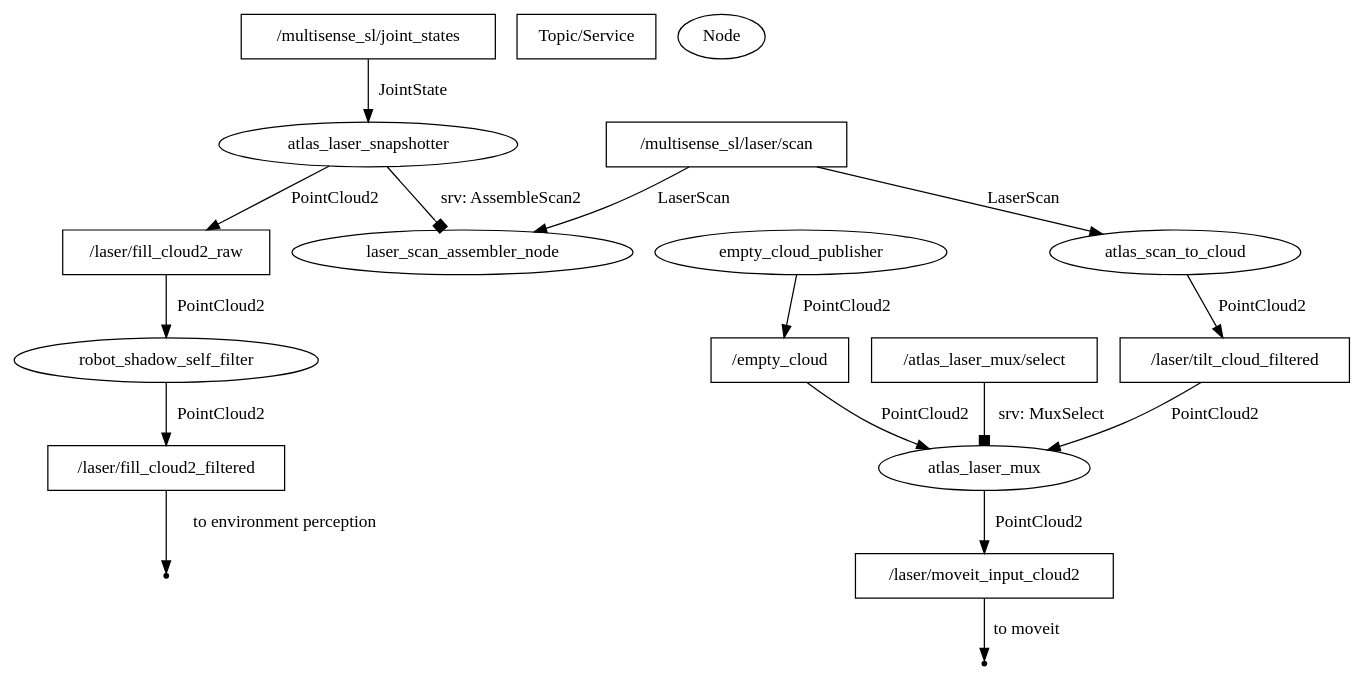
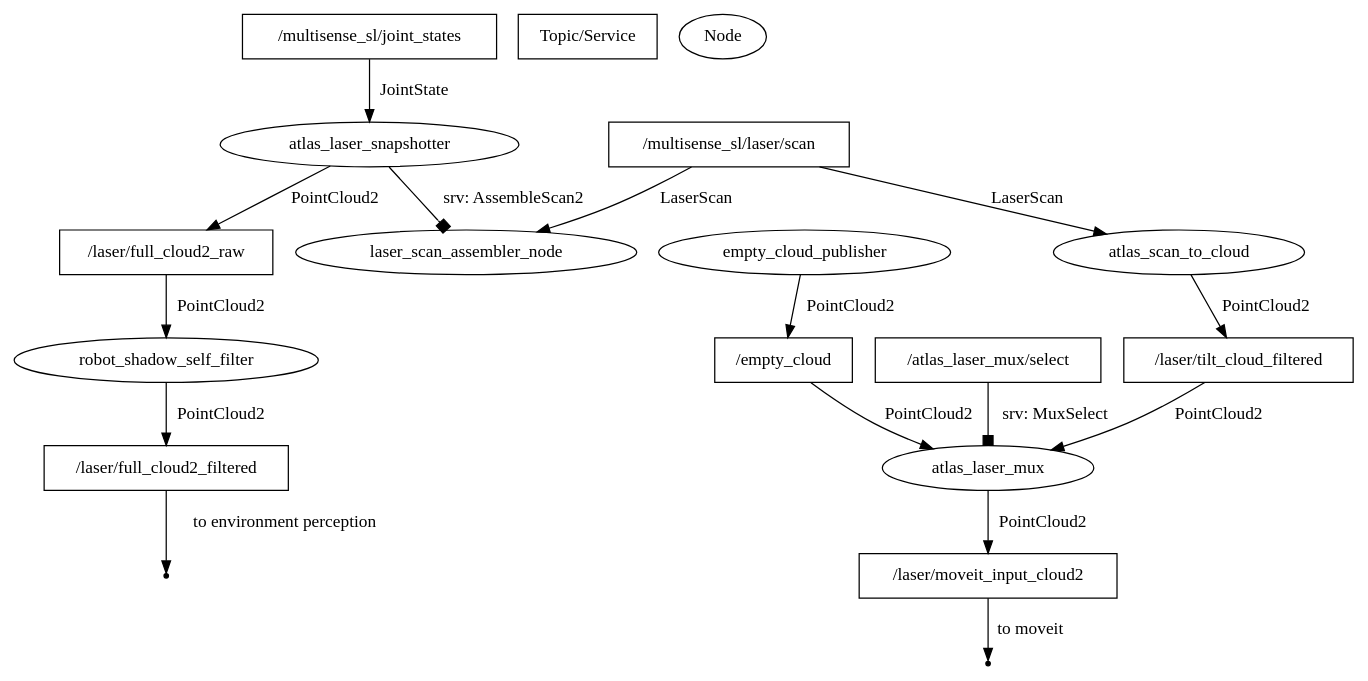
The diagram in rtmros_gazebo/hrpsys_gazebo_atlas/scripts/atlas_laser_pipeline.dot (hsnuhayato/rtm-ros-robotics), drawn with Graphviz before and after one commit.

```diff
--- a/rtmros_gazebo/hrpsys_gazebo_atlas/scripts/atlas_laser_pipeline.dot
+++ b/rtmros_gazebo/hrpsys_gazebo_atlas/scripts/atlas_laser_pipeline.dot
@@ -1,43 +1,43 @@
 ## dot -O -Tpdf <this file>
 digraph atlas_tilt_laser {
    node[shape="ellipse"]
    "/multisense_sl/laser/scan" [shape="box"]
    "/multisense_sl/joint_states" [shape="box"]
-   "/laser/fill_cloud2_raw" [shape="box"]
-   "/laser/fill_cloud2_filtered" [shape="box"]
+   "/laser/full_cloud2_raw" [shape="box"]
+   "/laser/full_cloud2_filtered" [shape="box"]
    "/laser/tilt_cloud_filtered" [shape="box"]
    "/empty_cloud" [shape="box"]
    "/laser/moveit_input_cloud2" [shape="box"]
    "/atlas_laser_mux/select" [shape="box"]
    ""[shape=point]
    " "[shape=point]
    "Topic/Service" [shape="box"]
    "Node" [shape="ellipse"]
 
    "empty_cloud_publisher" -> "/empty_cloud" [label="PointCloud2"]
    "/empty_cloud" -> "atlas_laser_mux" [label="PointCloud2"]
 
    "/multisense_sl/laser/scan" -> "laser_scan_assembler_node" [label="LaserScan"]
 
    "/multisense_sl/joint_states" -> "atlas_laser_snapshotter" [label="JointState"]
-   "atlas_laser_snapshotter" -> "/laser/fill_cloud2_raw" [label="PointCloud2"]
+   "atlas_laser_snapshotter" -> "/laser/full_cloud2_raw" [label="PointCloud2"]
 
-   "/laser/fill_cloud2_raw" -> "robot_shadow_self_filter" [label="PointCloud2"]
-   "robot_shadow_self_filter" -> "/laser/fill_cloud2_filtered"  [label="PointCloud2"]
+   "/laser/full_cloud2_raw" -> "robot_shadow_self_filter" [label="PointCloud2"]
+   "robot_shadow_self_filter" -> "/laser/full_cloud2_filtered"  [label="PointCloud2"]
 
    "/multisense_sl/laser/scan" -> "atlas_scan_to_cloud"  [label="LaserScan"]
    "atlas_scan_to_cloud" -> "/laser/tilt_cloud_filtered" [label="PointCloud2"]
 
    "/laser/tilt_cloud_filtered" -> "atlas_laser_mux" [label="PointCloud2"]
 
    "atlas_laser_mux" -> "/laser/moveit_input_cloud2" [label="PointCloud2"]
 
    "atlas_laser_snapshotter" -> "laser_scan_assembler_node" [label="srv: AssembleScan2" arrowhead=box]
 
    "/laser/moveit_input_cloud2" -> " " [label="to moveit"]
 
-   "/laser/fill_cloud2_filtered" -> "" [label="to environment perception"]
+   "/laser/full_cloud2_filtered" -> "" [label="to environment perception"]
 
    "/atlas_laser_mux/select" -> "atlas_laser_mux" [label="srv: MuxSelect" arrowhead=box]
 
 }
```
